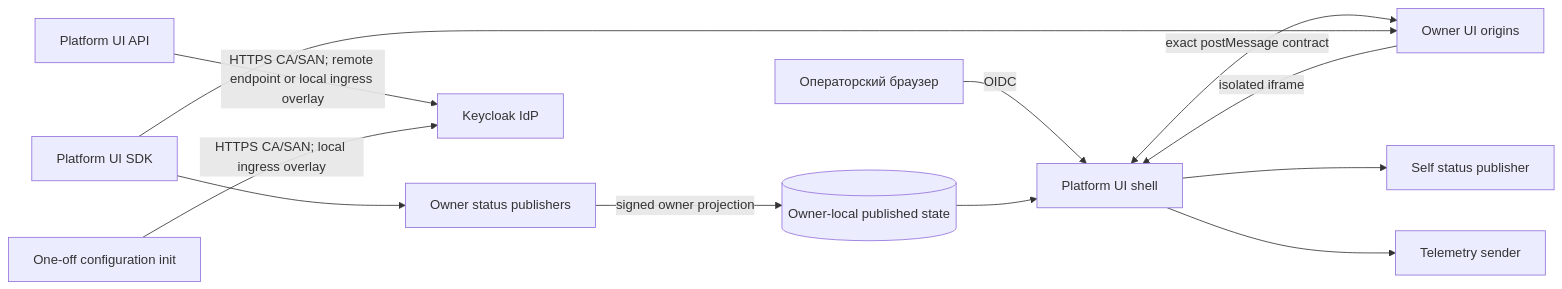
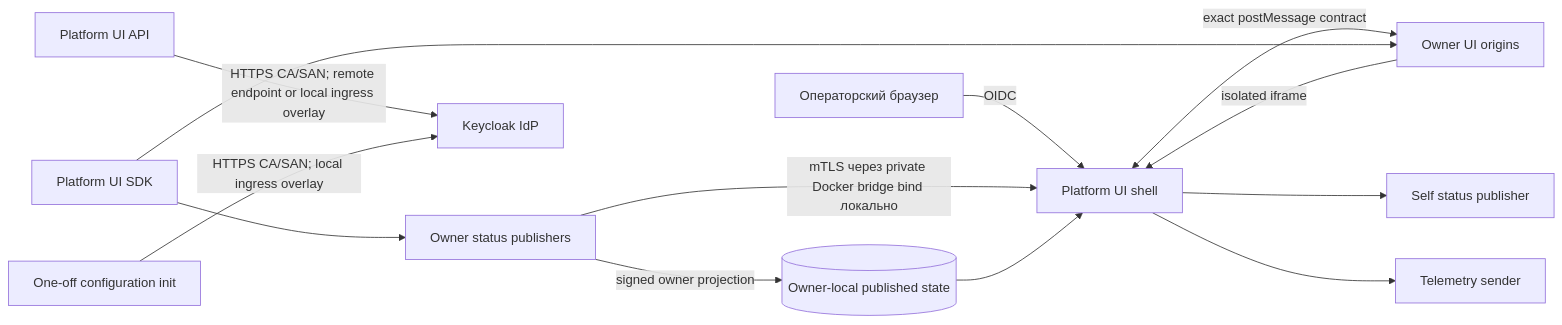
The diagram in platform-ui/architecture.mmd (sapogov1978/AELEV-platform-infrastructure), drawn with Mermaid before and after one commit. The commit also changed 28 other files, not shown here.

Commit message:
fix: expose local providers on Docker bridge

```diff
--- a/platform-ui/architecture.mmd
+++ b/platform-ui/architecture.mmd
@@ -1,12 +1,13 @@
 flowchart LR
     Operator["Операторский браузер"] -->|OIDC| Shell["Platform UI shell"]
     Publishers["Owner status publishers"] -->|signed owner projection| Registry[("Owner-local published state")]
+    Publishers -->|"mTLS через private Docker bridge bind локально"| Shell
     Registry --> Shell
     Owners["Owner UI origins"] -->|isolated iframe| Shell
     Shell <-->|exact postMessage contract| Owners
     SDK["Platform UI SDK"] --> Publishers
     SDK --> Owners
     Shell --> Status["Self status publisher"]
     Shell --> Telemetry["Telemetry sender"]
     API["Platform UI API"] -->|"HTTPS CA/SAN; remote endpoint or local ingress overlay"| IdP["Keycloak IdP"]
     Provision["One-off configuration init"] -->|"HTTPS CA/SAN; local ingress overlay"| IdP
```
